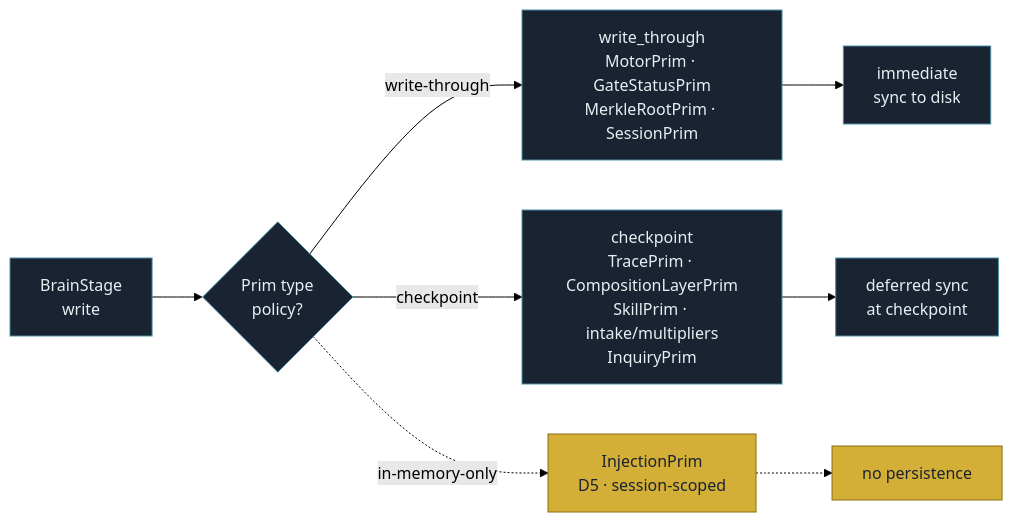
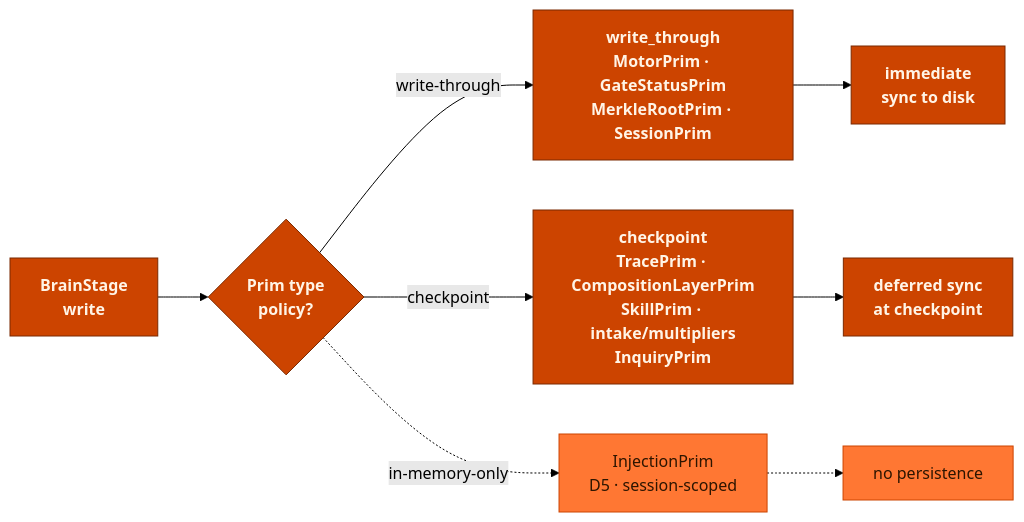
Before and after one commit to JosephOIbrahim/Harlo: the third of 11 diagrams in README.md, drawn with Mermaid (forest theme). The commit also changed other lines of this file, not shown here.

First line of the commit message:
docs(readme): full v6.0-MOTOR refresh + two-tone-orange mermaid palette

````diff
--- a/README.md
+++ b/README.md
@@ -182,24 +185,24 @@
 ```mermaid
 flowchart LR
     START["BrainStage<br/>write"]:::substrate
     DECISION{"Prim type<br/>policy?"}:::substrate
 
     WT["write_through<br/>MotorPrim · GateStatusPrim<br/>MerkleRootPrim · SessionPrim"]:::substrate
     CP["checkpoint<br/>TracePrim · CompositionLayerPrim<br/>SkillPrim · intake/multipliers<br/>InquiryPrim"]:::substrate
     INMEM["InjectionPrim<br/>D5 · session-scoped"]:::runtime
 
     OUT_WT["immediate<br/>sync to disk"]:::substrate
     OUT_CP["deferred sync<br/>at checkpoint"]:::substrate
     OUT_INMEM["no persistence"]:::runtime
 
     START --> DECISION
     DECISION -->|"write-through"| WT
     DECISION -->|"checkpoint"| CP
     DECISION -.->|"in-memory-only"| INMEM
     WT --> OUT_WT
     CP --> OUT_CP
     INMEM -.-> OUT_INMEM
 
-    classDef substrate fill:#1a2332,stroke:#4a90a4,color:#e8eef2
-    classDef runtime fill:#d4af37,stroke:#8b7115,color:#1a2332
+    classDef substrate fill:#CC4400,stroke:#7A2900,color:#FFF4E6,font-weight:bold
+    classDef runtime fill:#FF7733,stroke:#CC4400,color:#2D1500
 ```
````
